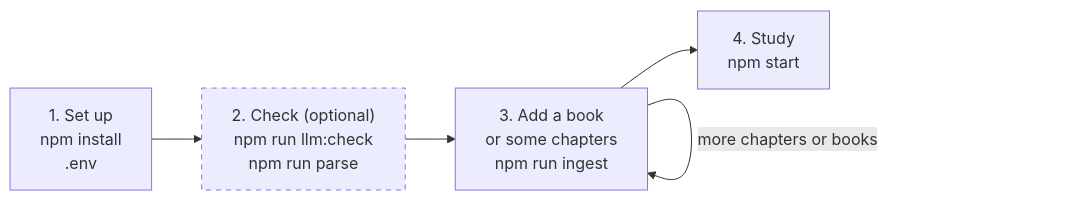
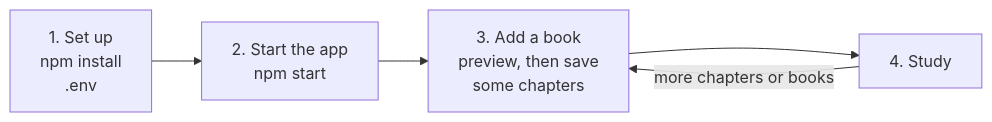
The diagram in README.md (demetrius-edelin/tutor), drawn with Mermaid before and after one commit. The commit also changed other lines of this file and 32 other files, not shown here.

````diff
--- a/README.md
+++ b/README.md
@@ -54,8 +59,7 @@
 ```mermaid
 flowchart LR
-    S1["1. Set up<br/>npm install<br/>.env"] --> S2["2. Check (optional)<br/>npm run llm:check<br/>npm run parse"]
-    S2 --> S3["3. Add a book<br/>or some chapters<br/>npm run ingest"]
-    S3 --> S4["4. Study<br/>npm start"]
-    S3 -->|"more chapters or books"| S3
-    style S2 stroke-dasharray: 5 5
+    S1["1. Set up<br/>npm install<br/>.env"] --> S2["2. Start the app<br/>npm start"]
+    S2 --> S3["3. Add a book<br/>preview, then save<br/>some chapters"]
+    S3 --> S4["4. Study"]
+    S4 -->|"more chapters or books"| S3
 ```
````
